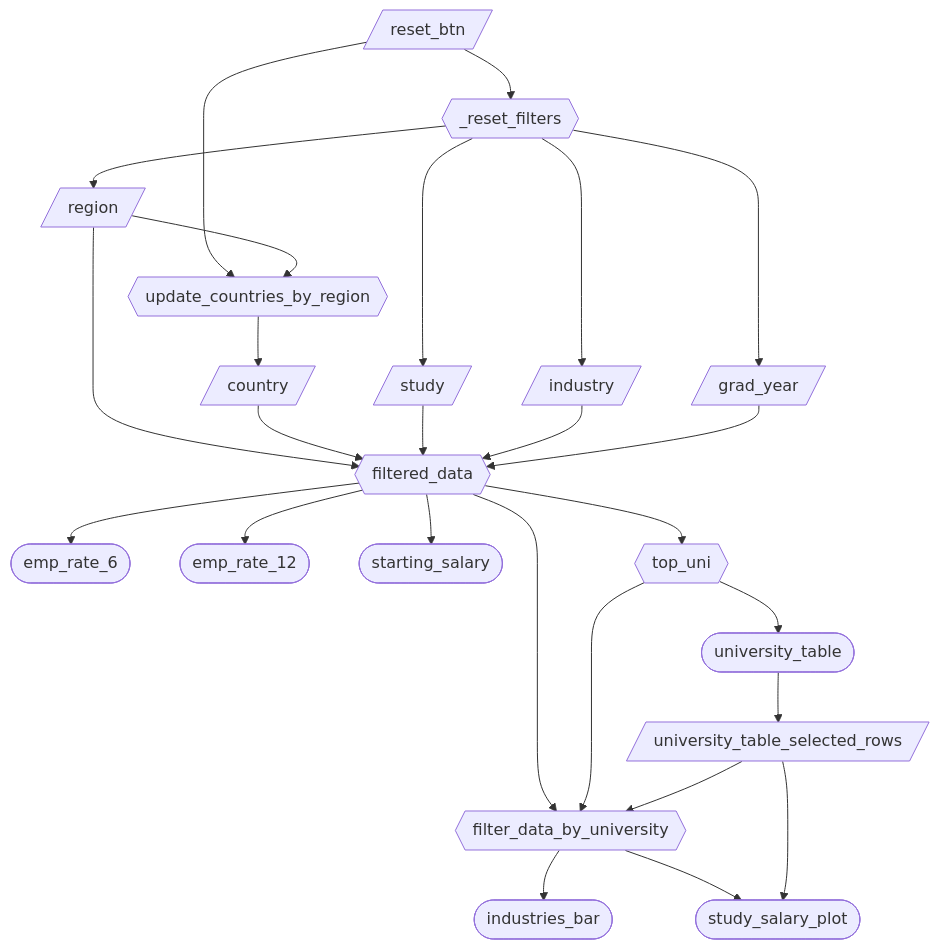
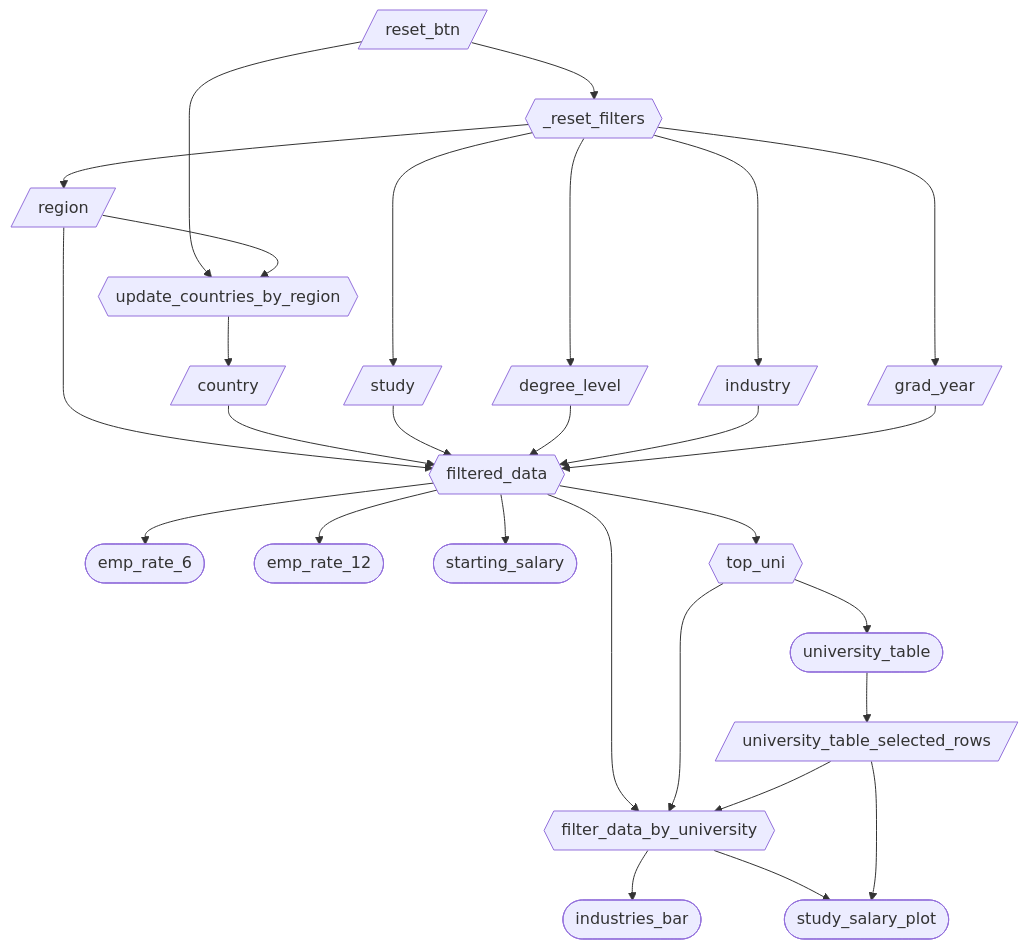
Before and after one commit to UBC-MDS/DSCI-532_2026_12_GradSkills: the diagram in reports/m2_specs.md, drawn with Mermaid.

Commit message:
docs: Updated some of the documentation, as we now include degree in our dashboard

````diff
--- a/reports/m2_specs.md
+++ b/reports/m2_specs.md
@@ -40,17 +40,17 @@
 ```mermaid
 flowchart TD
-  region[/region/] & country[/country/] & study[/study/] & industry[/industry/] & grad_year[/grad_year/] --> filtered_data{{filtered_data}}
+  region[/region/] & country[/country/] & study[/study/] & degree_level[/degree_level/] & industry[/industry/] & grad_year[/grad_year/] --> filtered_data{{filtered_data}}
 
   reset_btn[/reset_btn/] --> _reset_filters{{_reset_filters}}
   reset_btn[/reset_btn/] --> update_countries_by_region{{update_countries_by_region}}
   region[/region/] --> update_countries_by_region
-  _reset_filters --> region & study & industry & grad_year
+  _reset_filters --> region & study & industry & grad_year & degree_level
   update_countries_by_region --> country
 
   filtered_data --> emp_rate_6([emp_rate_6]) & emp_rate_12([emp_rate_12]) & starting_salary([starting_salary]) & top_uni{{top_uni}}
   top_uni --> university_table([university_table]) --> university_table_selected_rows[/university_table_selected_rows/]
 
   filtered_data & top_uni & university_table_selected_rows --> filter_data_by_university{{filter_data_by_university}}
   filter_data_by_university --> industries_bar([industries_bar]) & study_salary_plot([study_salary_plot])
   university_table_selected_rows --> study_salary_plot
 ```
````
